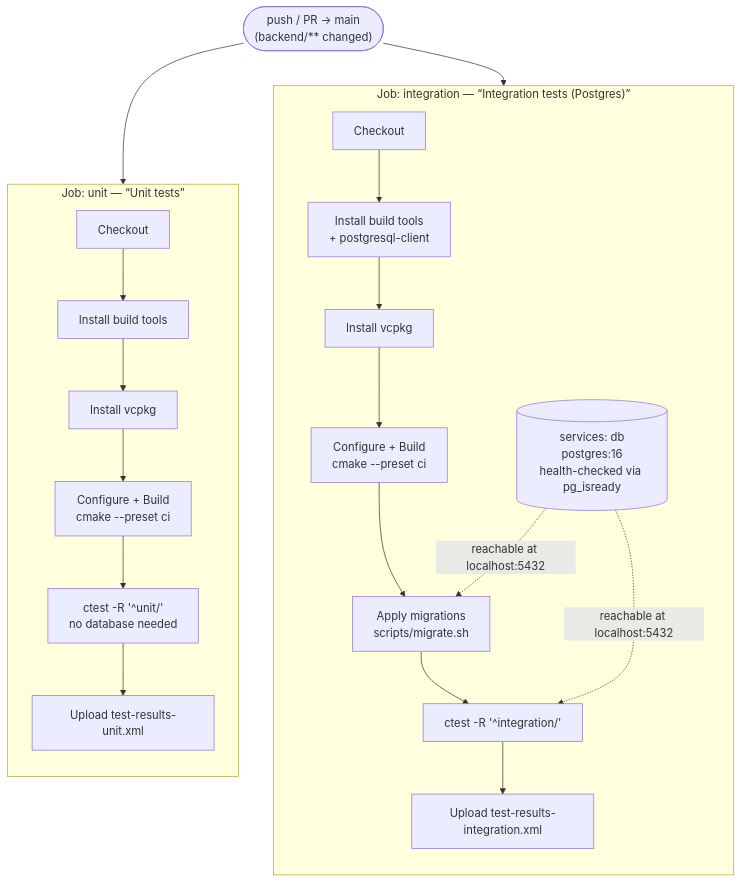
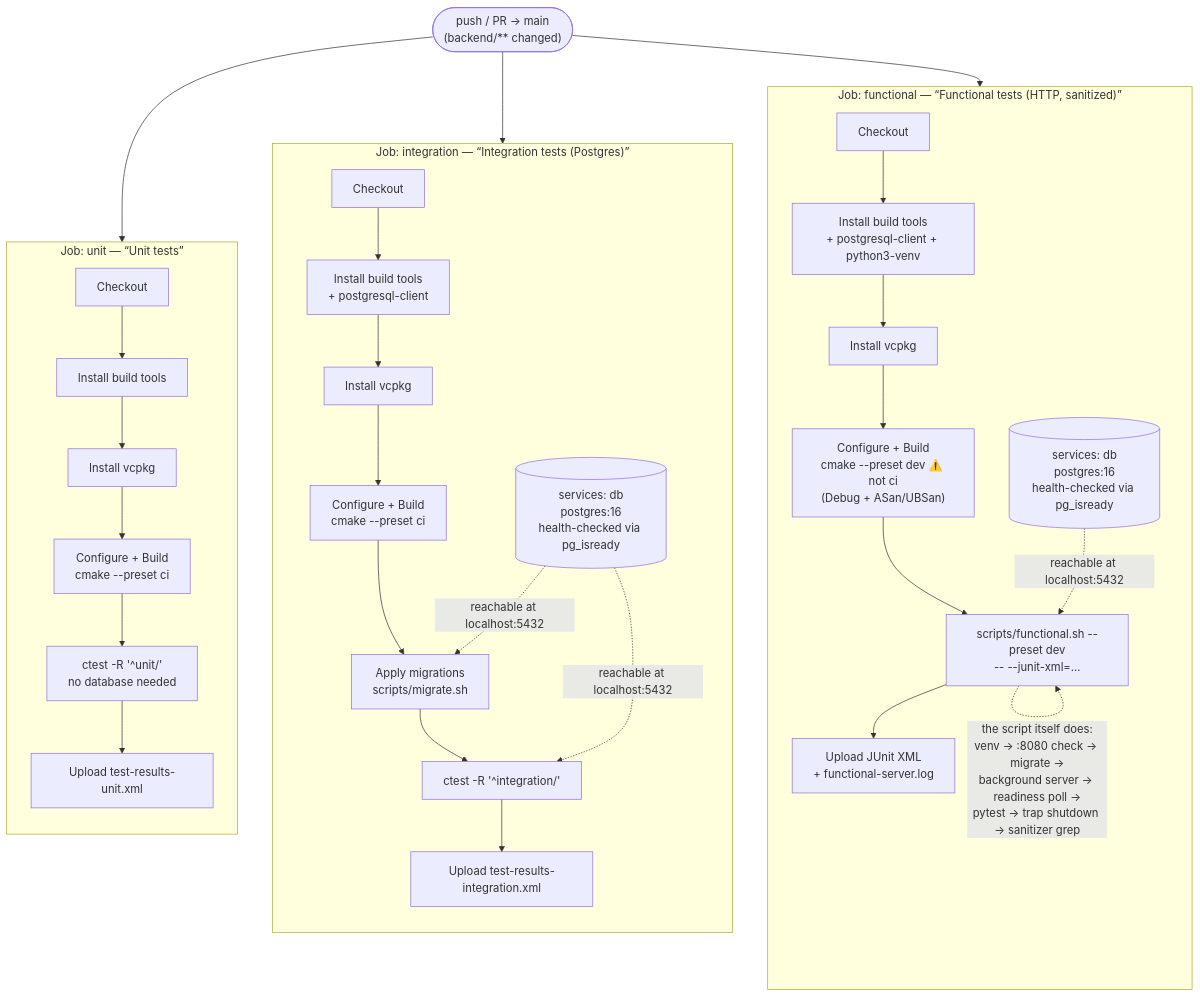
One commit to HugorTorquato/Atenciosamente changed the first of 2 diagrams in .github/workflows/README.md. Above: the diagram before and after it, drawn with Mermaid. The commit also changed other lines of this file and 8 other files, not shown here.

Commit message:
Backend (CI): add gating functional test job, built with --preset dev

````diff
--- a/.github/workflows/README.md
+++ b/.github/workflows/README.md
@@ -20,27 +20,40 @@
 ```mermaid
 flowchart TD
     trig(["push / PR → main<br/>(backend/** changed)"]) --> unit
     trig --> integ
+    trig --> func
 
     subgraph unit["Job: unit — “Unit tests”"]
         direction TB
         u1[Checkout] --> u2[Install build tools]
         u2 --> u3[Install vcpkg]
         u3 --> u4["Configure + Build<br/>cmake --preset ci"]
         u4 --> u5["ctest -R '^unit/'<br/>no database needed"]
         u5 --> u6["Upload test-results-unit.xml"]
     end
 
     subgraph integ["Job: integration — “Integration tests (Postgres)”"]
         direction TB
         svc[("services: db<br/>postgres:16<br/>health-checked via pg_isready")]
         i1[Checkout] --> i2["Install build tools<br/>+ postgresql-client"]
         i2 --> i3[Install vcpkg]
         i3 --> i4["Configure + Build<br/>cmake --preset ci"]
         i4 --> i5["Apply migrations<br/>scripts/migrate.sh"]
         i5 --> i6["ctest -R '^integration/'"]
         i6 --> i7["Upload test-results-integration.xml"]
         svc -. reachable at localhost:5432 .-> i5
         svc -. reachable at localhost:5432 .-> i6
     end
+
+    subgraph func["Job: functional — “Functional tests (HTTP, sanitized)”"]
+        direction TB
+        fsvc[("services: db<br/>postgres:16<br/>health-checked via pg_isready")]
+        f1[Checkout] --> f2["Install build tools<br/>+ postgresql-client + python3-venv"]
+        f2 --> f3[Install vcpkg]
+        f3 --> f4["Configure + Build<br/>cmake --preset dev ⚠️ not ci<br/>(Debug + ASan/UBSan)"]
+        f4 --> f5["scripts/functional.sh --preset dev<br/>-- --junit-xml=…"]
+        f5 --> f6["Upload JUnit XML<br/>+ functional-server.log"]
+        f5 -. "the script itself does:<br/>venv → :8080 check → migrate →<br/>background server → readiness poll →<br/>pytest → trap shutdown → sanitizer grep" .-> f5
+        fsvc -. reachable at localhost:5432 .-> f5
+    end
 ```
````
